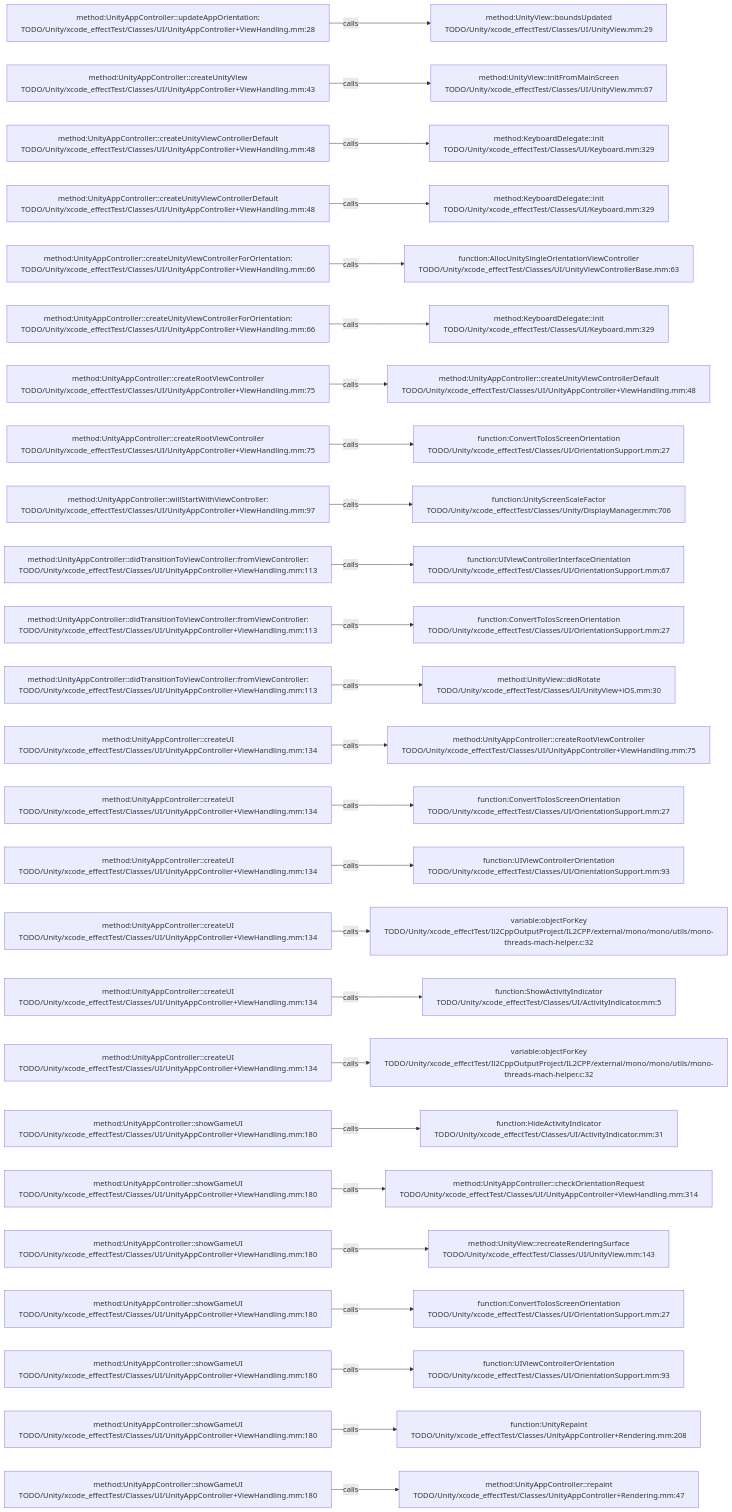
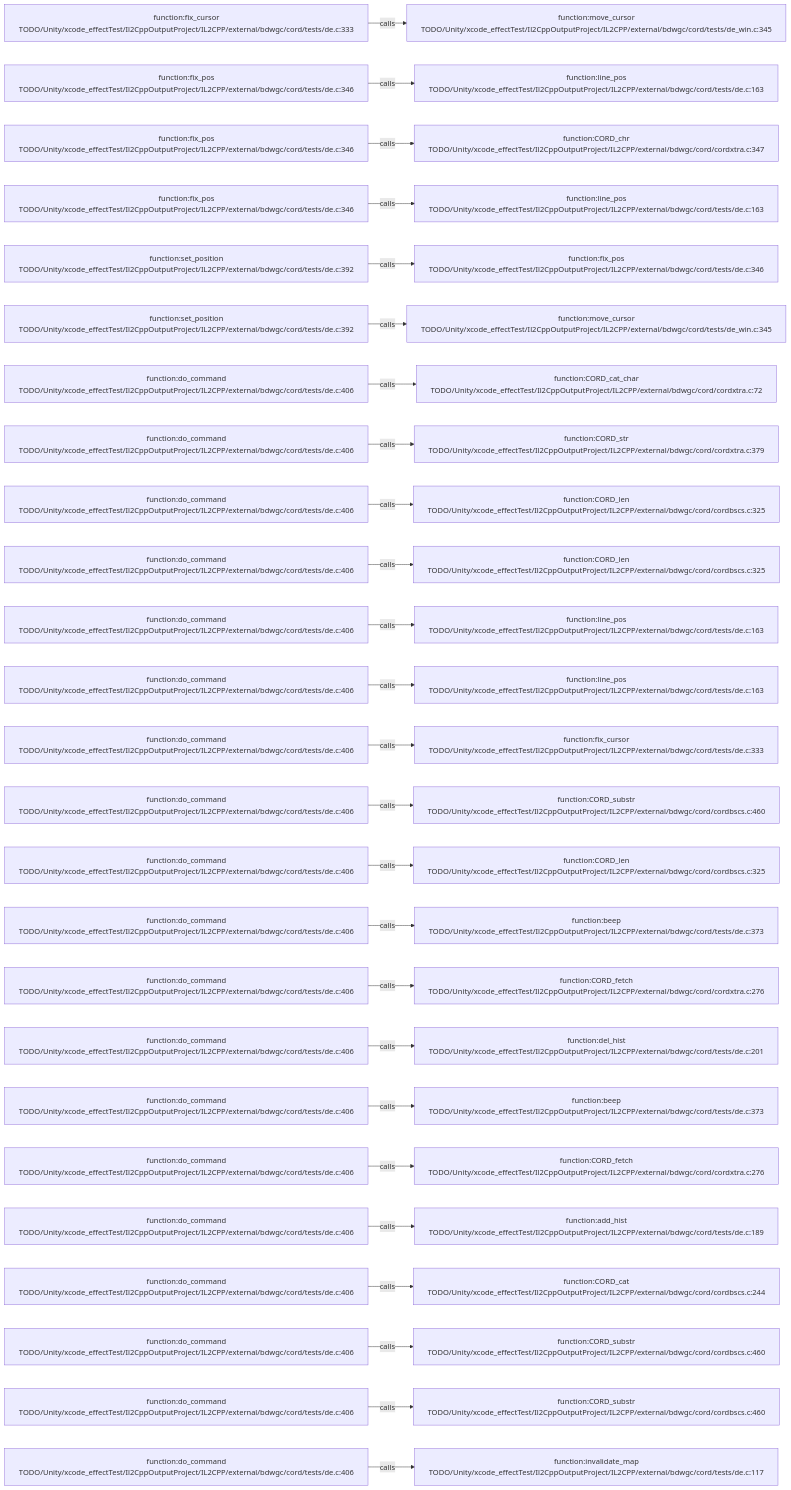
The diagram in .codegraph/codegraph.md/graphs/calls-094.md (JobsKits/JobsSwiftBaseConfigDemo), drawn with Mermaid before and after one commit. The commit also changed 227 other files, not shown here.

````diff
--- a/.codegraph/codegraph.md/graphs/calls-094.md
+++ b/.codegraph/codegraph.md/graphs/calls-094.md
@@ -13,78 +13,78 @@
 ```mermaid
 flowchart LR
-  S1["method:UnityAppController::updateAppOrientation:<br/>TODO/Unity/xcode_effectTest/Classes/UI/UnityAppController+ViewHandling.mm:28"]
-  T1["method:UnityView::boundsUpdated<br/>TODO/Unity/xcode_effectTest/Classes/UI/UnityView.mm:29"]
+  S1["function:fix_cursor<br/>TODO/Unity/xcode_effectTest/Il2CppOutputProject/IL2CPP/external/bdwgc/cord/tests/de.c:333"]
+  T1["function:move_cursor<br/>TODO/Unity/xcode_effectTest/Il2CppOutputProject/IL2CPP/external/bdwgc/cord/tests/de_win.c:345"]
   S1 -->|calls| T1
-  S2["method:UnityAppController::createUnityView<br/>TODO/Unity/xcode_effectTest/Classes/UI/UnityAppController+ViewHandling.mm:43"]
-  T2["method:UnityView::initFromMainScreen<br/>TODO/Unity/xcode_effectTest/Classes/UI/UnityView.mm:67"]
+  S2["function:fix_pos<br/>TODO/Unity/xcode_effectTest/Il2CppOutputProject/IL2CPP/external/bdwgc/cord/tests/de.c:346"]
+  T2["function:line_pos<br/>TODO/Unity/xcode_effectTest/Il2CppOutputProject/IL2CPP/external/bdwgc/cord/tests/de.c:163"]
   S2 -->|calls| T2
-  S3["method:UnityAppController::createUnityViewControllerDefault<br/>TODO/Unity/xcode_effectTest/Classes/UI/UnityAppController+ViewHandling.mm:48"]
-  T3["method:KeyboardDelegate::init<br/>TODO/Unity/xcode_effectTest/Classes/UI/Keyboard.mm:329"]
+  S3["function:fix_pos<br/>TODO/Unity/xcode_effectTest/Il2CppOutputProject/IL2CPP/external/bdwgc/cord/tests/de.c:346"]
+  T3["function:CORD_chr<br/>TODO/Unity/xcode_effectTest/Il2CppOutputProject/IL2CPP/external/bdwgc/cord/cordxtra.c:347"]
   S3 -->|calls| T3
-  S4["method:UnityAppController::createUnityViewControllerDefault<br/>TODO/Unity/xcode_effectTest/Classes/UI/UnityAppController+ViewHandling.mm:48"]
-  T4["method:KeyboardDelegate::init<br/>TODO/Unity/xcode_effectTest/Classes/UI/Keyboard.mm:329"]
+  S4["function:fix_pos<br/>TODO/Unity/xcode_effectTest/Il2CppOutputProject/IL2CPP/external/bdwgc/cord/tests/de.c:346"]
+  T4["function:line_pos<br/>TODO/Unity/xcode_effectTest/Il2CppOutputProject/IL2CPP/external/bdwgc/cord/tests/de.c:163"]
   S4 -->|calls| T4
-  S5["method:UnityAppController::createUnityViewControllerForOrientation:<br/>TODO/Unity/xcode_effectTest/Classes/UI/UnityAppController+ViewHandling.mm:66"]
-  T5["function:AllocUnitySingleOrientationViewController<br/>TODO/Unity/xcode_effectTest/Classes/UI/UnityViewControllerBase.mm:63"]
+  S5["function:set_position<br/>TODO/Unity/xcode_effectTest/Il2CppOutputProject/IL2CPP/external/bdwgc/cord/tests/de.c:392"]
+  T5["function:fix_pos<br/>TODO/Unity/xcode_effectTest/Il2CppOutputProject/IL2CPP/external/bdwgc/cord/tests/de.c:346"]
   S5 -->|calls| T5
-  S6["method:UnityAppController::createUnityViewControllerForOrientation:<br/>TODO/Unity/xcode_effectTest/Classes/UI/UnityAppController+ViewHandling.mm:66"]
-  T6["method:KeyboardDelegate::init<br/>TODO/Unity/xcode_effectTest/Classes/UI/Keyboard.mm:329"]
+  S6["function:set_position<br/>TODO/Unity/xcode_effectTest/Il2CppOutputProject/IL2CPP/external/bdwgc/cord/tests/de.c:392"]
+  T6["function:move_cursor<br/>TODO/Unity/xcode_effectTest/Il2CppOutputProject/IL2CPP/external/bdwgc/cord/tests/de_win.c:345"]
   S6 -->|calls| T6
-  S7["method:UnityAppController::createRootViewController<br/>TODO/Unity/xcode_effectTest/Classes/UI/UnityAppController+ViewHandling.mm:75"]
-  T7["method:UnityAppController::createUnityViewControllerDefault<br/>TODO/Unity/xcode_effectTest/Classes/UI/UnityAppController+ViewHandling.mm:48"]
+  S7["function:do_command<br/>TODO/Unity/xcode_effectTest/Il2CppOutputProject/IL2CPP/external/bdwgc/cord/tests/de.c:406"]
+  T7["function:CORD_cat_char<br/>TODO/Unity/xcode_effectTest/Il2CppOutputProject/IL2CPP/external/bdwgc/cord/cordxtra.c:72"]
   S7 -->|calls| T7
-  S8["method:UnityAppController::createRootViewController<br/>TODO/Unity/xcode_effectTest/Classes/UI/UnityAppController+ViewHandling.mm:75"]
-  T8["function:ConvertToIosScreenOrientation<br/>TODO/Unity/xcode_effectTest/Classes/UI/OrientationSupport.mm:27"]
+  S8["function:do_command<br/>TODO/Unity/xcode_effectTest/Il2CppOutputProject/IL2CPP/external/bdwgc/cord/tests/de.c:406"]
+  T8["function:CORD_str<br/>TODO/Unity/xcode_effectTest/Il2CppOutputProject/IL2CPP/external/bdwgc/cord/cordxtra.c:379"]
   S8 -->|calls| T8
-  S9["method:UnityAppController::willStartWithViewController:<br/>TODO/Unity/xcode_effectTest/Classes/UI/UnityAppController+ViewHandling.mm:97"]
-  T9["function:UnityScreenScaleFactor<br/>TODO/Unity/xcode_effectTest/Classes/Unity/DisplayManager.mm:706"]
+  S9["function:do_command<br/>TODO/Unity/xcode_effectTest/Il2CppOutputProject/IL2CPP/external/bdwgc/cord/tests/de.c:406"]
+  T9["function:CORD_len<br/>TODO/Unity/xcode_effectTest/Il2CppOutputProject/IL2CPP/external/bdwgc/cord/cordbscs.c:325"]
   S9 -->|calls| T9
-  S10["method:UnityAppController::didTransitionToViewController:fromViewController:<br/>TODO/Unity/xcode_effectTest/Classes/UI/UnityAppController+ViewHandling.mm:113"]
-  T10["function:UIViewControllerInterfaceOrientation<br/>TODO/Unity/xcode_effectTest/Classes/UI/OrientationSupport.mm:67"]
+  S10["function:do_command<br/>TODO/Unity/xcode_effectTest/Il2CppOutputProject/IL2CPP/external/bdwgc/cord/tests/de.c:406"]
+  T10["function:CORD_len<br/>TODO/Unity/xcode_effectTest/Il2CppOutputProject/IL2CPP/external/bdwgc/cord/cordbscs.c:325"]
   S10 -->|calls| T10
-  S11["method:UnityAppController::didTransitionToViewController:fromViewController:<br/>TODO/Unity/xcode_effectTest/Classes/UI/UnityAppController+ViewHandling.mm:113"]
-  T11["function:ConvertToIosScreenOrientation<br/>TODO/Unity/xcode_effectTest/Classes/UI/OrientationSupport.mm:27"]
+  S11["function:do_command<br/>TODO/Unity/xcode_effectTest/Il2CppOutputProject/IL2CPP/external/bdwgc/cord/tests/de.c:406"]
+  T11["function:line_pos<br/>TODO/Unity/xcode_effectTest/Il2CppOutputProject/IL2CPP/external/bdwgc/cord/tests/de.c:163"]
   S11 -->|calls| T11
-  S12["method:UnityAppController::didTransitionToViewController:fromViewController:<br/>TODO/Unity/xcode_effectTest/Classes/UI/UnityAppController+ViewHandling.mm:113"]
-  T12["method:UnityView::didRotate<br/>TODO/Unity/xcode_effectTest/Classes/UI/UnityView+iOS.mm:30"]
+  S12["function:do_command<br/>TODO/Unity/xcode_effectTest/Il2CppOutputProject/IL2CPP/external/bdwgc/cord/tests/de.c:406"]
+  T12["function:line_pos<br/>TODO/Unity/xcode_effectTest/Il2CppOutputProject/IL2CPP/external/bdwgc/cord/tests/de.c:163"]
   S12 -->|calls| T12
-  S13["method:UnityAppController::createUI<br/>TODO/Unity/xcode_effectTest/Classes/UI/UnityAppController+ViewHandling.mm:134"]
-  T13["method:UnityAppController::createRootViewController<br/>TODO/Unity/xcode_effectTest/Classes/UI/UnityAppController+ViewHandling.mm:75"]
+  S13["function:do_command<br/>TODO/Unity/xcode_effectTest/Il2CppOutputProject/IL2CPP/external/bdwgc/cord/tests/de.c:406"]
+  T13["function:fix_cursor<br/>TODO/Unity/xcode_effectTest/Il2CppOutputProject/IL2CPP/external/bdwgc/cord/tests/de.c:333"]
   S13 -->|calls| T13
-  S14["method:UnityAppController::createUI<br/>TODO/Unity/xcode_effectTest/Classes/UI/UnityAppController+ViewHandling.mm:134"]
-  T14["function:ConvertToIosScreenOrientation<br/>TODO/Unity/xcode_effectTest/Classes/UI/OrientationSupport.mm:27"]
+  S14["function:do_command<br/>TODO/Unity/xcode_effectTest/Il2CppOutputProject/IL2CPP/external/bdwgc/cord/tests/de.c:406"]
+  T14["function:CORD_substr<br/>TODO/Unity/xcode_effectTest/Il2CppOutputProject/IL2CPP/external/bdwgc/cord/cordbscs.c:460"]
   S14 -->|calls| T14
-  S15["method:UnityAppController::createUI<br/>TODO/Unity/xcode_effectTest/Classes/UI/UnityAppController+ViewHandling.mm:134"]
-  T15["function:UIViewControllerOrientation<br/>TODO/Unity/xcode_effectTest/Classes/UI/OrientationSupport.mm:93"]
+  S15["function:do_command<br/>TODO/Unity/xcode_effectTest/Il2CppOutputProject/IL2CPP/external/bdwgc/cord/tests/de.c:406"]
+  T15["function:CORD_len<br/>TODO/Unity/xcode_effectTest/Il2CppOutputProject/IL2CPP/external/bdwgc/cord/cordbscs.c:325"]
   S15 -->|calls| T15
-  S16["method:UnityAppController::createUI<br/>TODO/Unity/xcode_effectTest/Classes/UI/UnityAppController+ViewHandling.mm:134"]
-  T16["variable:objectForKey<br/>TODO/Unity/xcode_effectTest/Il2CppOutputProject/IL2CPP/external/mono/mono/utils/mono-threads-mach-helper.c:32"]
+  S16["function:do_command<br/>TODO/Unity/xcode_effectTest/Il2CppOutputProject/IL2CPP/external/bdwgc/cord/tests/de.c:406"]
+  T16["function:beep<br/>TODO/Unity/xcode_effectTest/Il2CppOutputProject/IL2CPP/external/bdwgc/cord/tests/de.c:373"]
   S16 -->|calls| T16
-  S17["method:UnityAppController::createUI<br/>TODO/Unity/xcode_effectTest/Classes/UI/UnityAppController+ViewHandling.mm:134"]
-  T17["function:ShowActivityIndicator<br/>TODO/Unity/xcode_effectTest/Classes/UI/ActivityIndicator.mm:5"]
+  S17["function:do_command<br/>TODO/Unity/xcode_effectTest/Il2CppOutputProject/IL2CPP/external/bdwgc/cord/tests/de.c:406"]
+  T17["function:CORD_fetch<br/>TODO/Unity/xcode_effectTest/Il2CppOutputProject/IL2CPP/external/bdwgc/cord/cordxtra.c:276"]
   S17 -->|calls| T17
-  S18["method:UnityAppController::createUI<br/>TODO/Unity/xcode_effectTest/Classes/UI/UnityAppController+ViewHandling.mm:134"]
-  T18["variable:objectForKey<br/>TODO/Unity/xcode_effectTest/Il2CppOutputProject/IL2CPP/external/mono/mono/utils/mono-threads-mach-helper.c:32"]
+  S18["function:do_command<br/>TODO/Unity/xcode_effectTest/Il2CppOutputProject/IL2CPP/external/bdwgc/cord/tests/de.c:406"]
+  T18["function:del_hist<br/>TODO/Unity/xcode_effectTest/Il2CppOutputProject/IL2CPP/external/bdwgc/cord/tests/de.c:201"]
   S18 -->|calls| T18
-  S19["method:UnityAppController::showGameUI<br/>TODO/Unity/xcode_effectTest/Classes/UI/UnityAppController+ViewHandling.mm:180"]
-  T19["function:HideActivityIndicator<br/>TODO/Unity/xcode_effectTest/Classes/UI/ActivityIndicator.mm:31"]
+  S19["function:do_command<br/>TODO/Unity/xcode_effectTest/Il2CppOutputProject/IL2CPP/external/bdwgc/cord/tests/de.c:406"]
+  T19["function:beep<br/>TODO/Unity/xcode_effectTest/Il2CppOutputProject/IL2CPP/external/bdwgc/cord/tests/de.c:373"]
   S19 -->|calls| T19
-  S20["method:UnityAppController::showGameUI<br/>TODO/Unity/xcode_effectTest/Classes/UI/UnityAppController+ViewHandling.mm:180"]
-  T20["method:UnityAppController::checkOrientationRequest<br/>TODO/Unity/xcode_effectTest/Classes/UI/UnityAppController+ViewHandling.mm:314"]
+  S20["function:do_command<br/>TODO/Unity/xcode_effectTest/Il2CppOutputProject/IL2CPP/external/bdwgc/cord/tests/de.c:406"]
+  T20["function:CORD_fetch<br/>TODO/Unity/xcode_effectTest/Il2CppOutputProject/IL2CPP/external/bdwgc/cord/cordxtra.c:276"]
   S20 -->|calls| T20
-  S21["method:UnityAppController::showGameUI<br/>TODO/Unity/xcode_effectTest/Classes/UI/UnityAppController+ViewHandling.mm:180"]
-  T21["method:UnityView::recreateRenderingSurface<br/>TODO/Unity/xcode_effectTest/Classes/UI/UnityView.mm:143"]
+  S21["function:do_command<br/>TODO/Unity/xcode_effectTest/Il2CppOutputProject/IL2CPP/external/bdwgc/cord/tests/de.c:406"]
+  T21["function:add_hist<br/>TODO/Unity/xcode_effectTest/Il2CppOutputProject/IL2CPP/external/bdwgc/cord/tests/de.c:189"]
   S21 -->|calls| T21
-  S22["method:UnityAppController::showGameUI<br/>TODO/Unity/xcode_effectTest/Classes/UI/UnityAppController+ViewHandling.mm:180"]
-  T22["function:ConvertToIosScreenOrientation<br/>TODO/Unity/xcode_effectTest/Classes/UI/OrientationSupport.mm:27"]
+  S22["function:do_command<br/>TODO/Unity/xcode_effectTest/Il2CppOutputProject/IL2CPP/external/bdwgc/cord/tests/de.c:406"]
+  T22["function:CORD_cat<br/>TODO/Unity/xcode_effectTest/Il2CppOutputProject/IL2CPP/external/bdwgc/cord/cordbscs.c:244"]
   S22 -->|calls| T22
-  S23["method:UnityAppController::showGameUI<br/>TODO/Unity/xcode_effectTest/Classes/UI/UnityAppController+ViewHandling.mm:180"]
-  T23["function:UIViewControllerOrientation<br/>TODO/Unity/xcode_effectTest/Classes/UI/OrientationSupport.mm:93"]
+  S23["function:do_command<br/>TODO/Unity/xcode_effectTest/Il2CppOutputProject/IL2CPP/external/bdwgc/cord/tests/de.c:406"]
+  T23["function:CORD_substr<br/>TODO/Unity/xcode_effectTest/Il2CppOutputProject/IL2CPP/external/bdwgc/cord/cordbscs.c:460"]
   S23 -->|calls| T23
-  S24["method:UnityAppController::showGameUI<br/>TODO/Unity/xcode_effectTest/Classes/UI/UnityAppController+ViewHandling.mm:180"]
-  T24["function:UnityRepaint<br/>TODO/Unity/xcode_effectTest/Classes/UnityAppController+Rendering.mm:208"]
+  S24["function:do_command<br/>TODO/Unity/xcode_effectTest/Il2CppOutputProject/IL2CPP/external/bdwgc/cord/tests/de.c:406"]
+  T24["function:CORD_substr<br/>TODO/Unity/xcode_effectTest/Il2CppOutputProject/IL2CPP/external/bdwgc/cord/cordbscs.c:460"]
   S24 -->|calls| T24
-  S25["method:UnityAppController::showGameUI<br/>TODO/Unity/xcode_effectTest/Classes/UI/UnityAppController+ViewHandling.mm:180"]
-  T25["method:UnityAppController::repaint<br/>TODO/Unity/xcode_effectTest/Classes/UnityAppController+Rendering.mm:47"]
+  S25["function:do_command<br/>TODO/Unity/xcode_effectTest/Il2CppOutputProject/IL2CPP/external/bdwgc/cord/tests/de.c:406"]
+  T25["function:invalidate_map<br/>TODO/Unity/xcode_effectTest/Il2CppOutputProject/IL2CPP/external/bdwgc/cord/tests/de.c:117"]
   S25 -->|calls| T25
 ```
````
